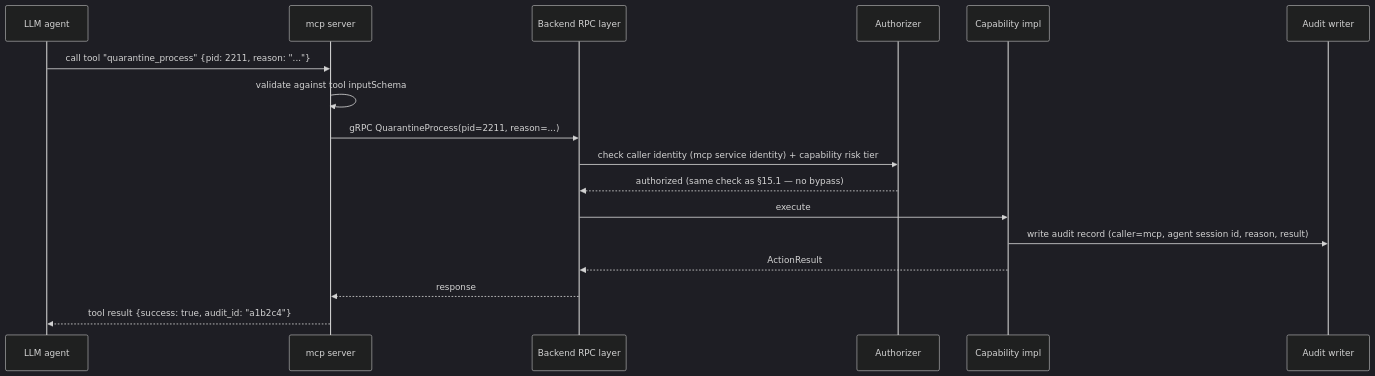
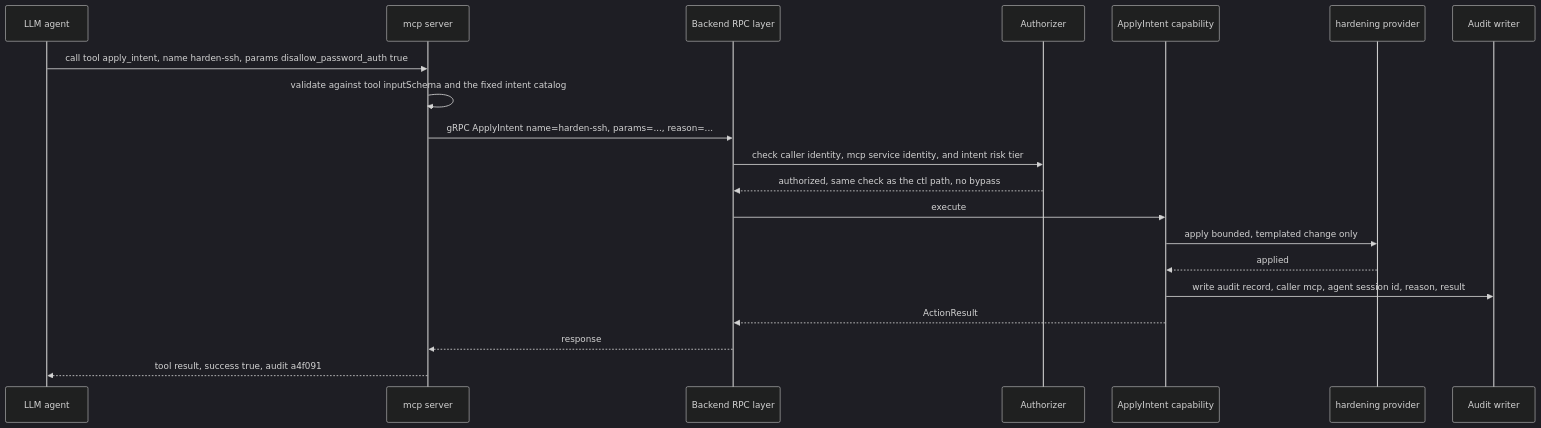
The seventh of 9 diagrams in docs/emergency-backup/kb-op.md (pardhuvarmax/kernel-borderlands), drawn with Mermaid (dark theme) before and after one commit. The commit also changed other lines of this file, not shown here.

````diff
--- a/docs/emergency-backup/kb-op.md
+++ b/docs/emergency-backup/kb-op.md
@@ -637,20 +948,23 @@
 ```mermaid
 sequenceDiagram
     participant Agent as LLM agent
     participant MCP as mcp server
     participant API as Backend RPC layer
     participant AZ as Authorizer
-    participant CORE as Capability impl
+    participant CORE as ApplyIntent capability
+    participant PROV as hardening provider
     participant AUD as Audit writer
 
-    Agent->>MCP: call tool "quarantine_process" {pid: 2211, reason: "..."}
-    MCP->>MCP: validate against tool inputSchema
-    MCP->>API: gRPC QuarantineProcess(pid=2211, reason=...)
-    API->>AZ: check caller identity (mcp service identity) + capability risk tier
-    AZ-->>API: authorized (same check as §15.1 — no bypass)
+    Agent->>MCP: call tool apply_intent, name harden-ssh, params disallow_password_auth true
+    MCP->>MCP: validate against tool inputSchema and the fixed intent catalog
+    MCP->>API: gRPC ApplyIntent name=harden-ssh, params=..., reason=...
+    API->>AZ: check caller identity, mcp service identity, and intent risk tier
+    AZ-->>API: authorized, same check as the ctl path, no bypass
     API->>CORE: execute
-    CORE->>AUD: write audit record (caller=mcp, agent session id, reason, result)
+    CORE->>PROV: apply bounded, templated change only
+    PROV-->>CORE: applied
+    CORE->>AUD: write audit record, caller mcp, agent session id, reason, result
     CORE-->>API: ActionResult
     API-->>MCP: response
-    MCP-->>Agent: tool result {success: true, audit_id: "a1b2c4"}
+    MCP-->>Agent: tool result, success true, audit a4f091
 ```
````
